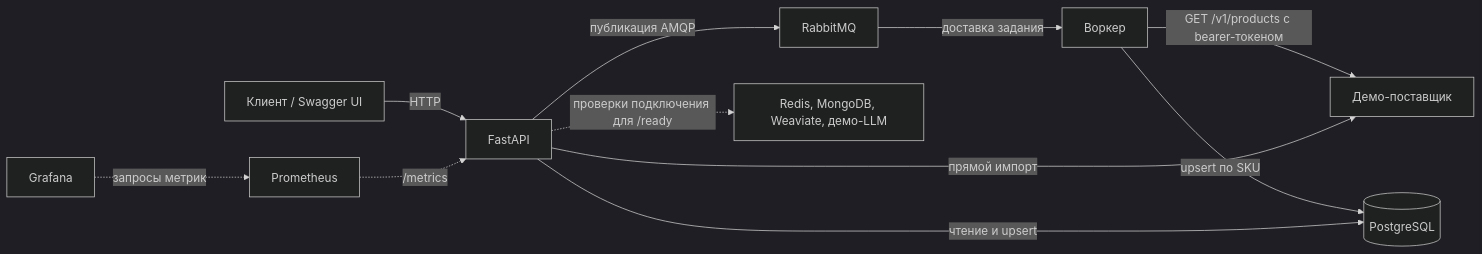
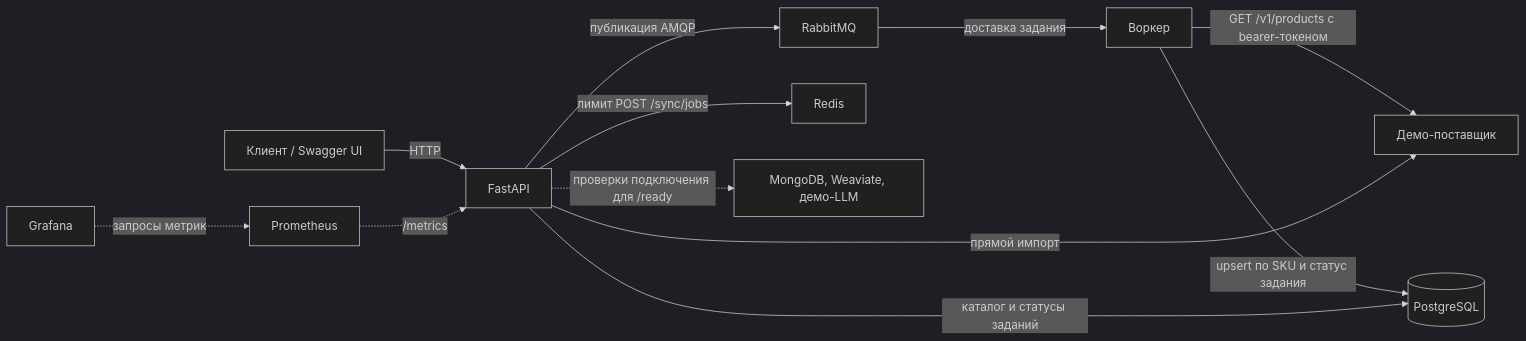
The diagram in README.md (vmitrofanova/neuro-consultant-public), drawn with Mermaid (dark theme) before and after one commit. The commit also changed other lines of this file and 13 other files, not shown here.

Commit message:
Track sync jobs, limit requests and test integrations in CI

````diff
--- a/README.md
+++ b/README.md
@@ -7,13 +7,14 @@
 ```mermaid
 flowchart LR
     Client["Клиент / Swagger UI"] -->|"HTTP"| API["FastAPI"]
     API -->|"публикация AMQP"| Queue["RabbitMQ"]
     Queue -->|"доставка задания"| Worker["Воркер"]
     Worker -->|"GET /v1/products с bearer-токеном"| Supplier["Демо-поставщик"]
-    Worker -->|"upsert по SKU"| DB[("PostgreSQL")]
+    Worker -->|"upsert по SKU и статус задания"| DB[("PostgreSQL")]
     API -->|"прямой импорт"| Supplier
-    API -->|"чтение и upsert"| DB
-    API -.->|"проверки подключения для /ready"| Dependencies["Redis, MongoDB, Weaviate, демо-LLM"]
+    API -->|"каталог и статусы заданий"| DB
+    API -->|"лимит POST /sync/jobs"| Redis["Redis"]
+    API -.->|"проверки подключения для /ready"| Dependencies["MongoDB, Weaviate, демо-LLM"]
     Prometheus["Prometheus"] -.->|"/metrics"| API
     Grafana["Grafana"] -.->|"запросы метрик"| Prometheus
 ```
````
